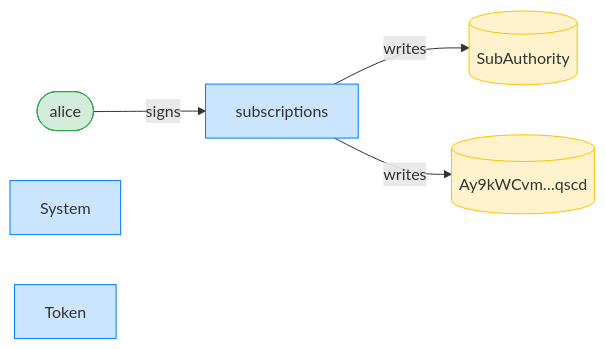
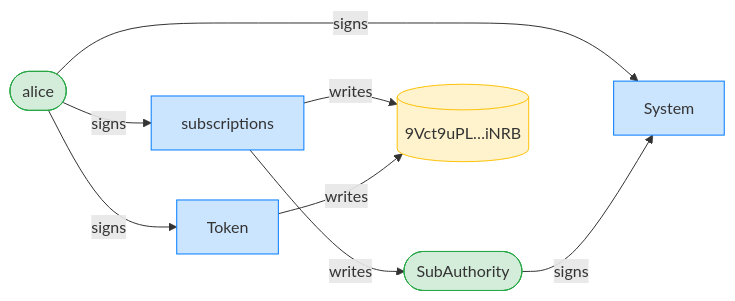
Before and after one commit to cds-rs/subscriptions: the third of 12 diagrams in dsl_tests/cancel-rejects-a-stale-account-version.md, drawn with Mermaid. The commit also changed other lines of this file and 224 other files, not shown here.

````diff
--- a/dsl_tests/cancel-rejects-a-stale-account-version.md
+++ b/dsl_tests/cancel-rejects-a-stale-account-version.md
@@ -55,15 +56,19 @@
 ```mermaid
 flowchart LR
     classDef signer fill:#d4edda,stroke:#28a745;
     classDef program fill:#cce5ff,stroke:#007bff;
     classDef writable fill:#fff3cd,stroke:#ffc107;
     subscriptions[subscriptions]:::program
     alice([alice]):::signer
-    SubAuthority[(SubAuthority)]:::writable
-    Ay9kWCvm_qscd[("Ay9kWCvm…qscd")]:::writable
+    SubAuthority([SubAuthority]):::signer
+    9Vct9uPL_iNRB[("9Vct9uPL…iNRB")]:::writable
     System[System]:::program
     Token[Token]:::program
     alice -->|signs| subscriptions
+    alice -->|signs| System
+    SubAuthority -->|signs| System
+    alice -->|signs| Token
     subscriptions -->|writes| SubAuthority
-    subscriptions -->|writes| Ay9kWCvm_qscd
+    subscriptions -->|writes| 9Vct9uPL_iNRB
+    Token -->|writes| 9Vct9uPL_iNRB
 ```
````
